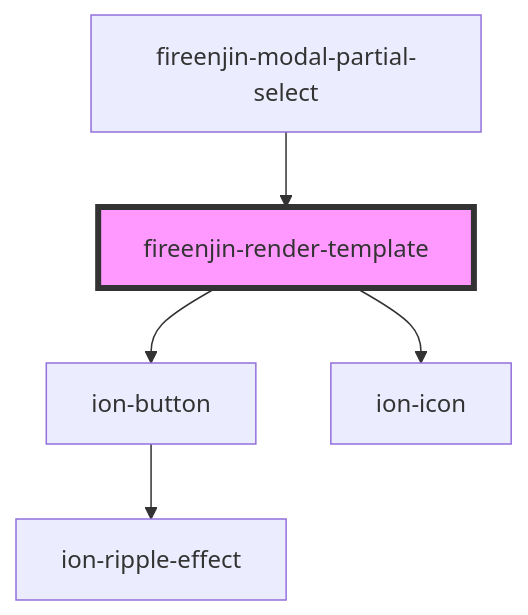
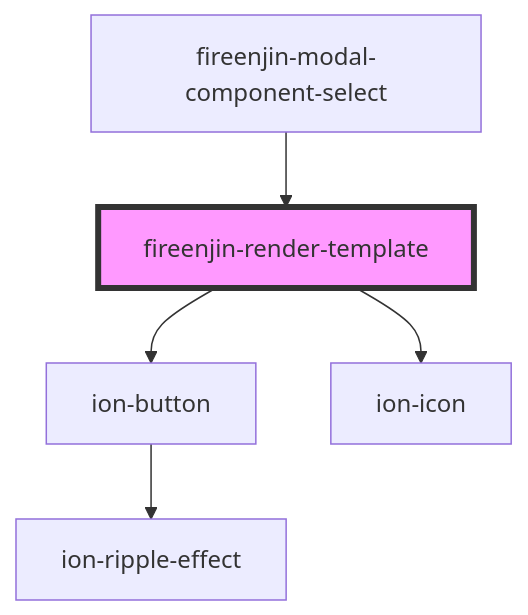
One commit to FireEnjin/Editor changed the diagram in src/components/render-template/readme.md. Above: the diagram before and after it, drawn with Mermaid. The commit also changed other lines of this file and 6 other files, not shown here.

Commit message:
fix(): Covert uses of partial to component

````diff
--- a/src/components/render-template/readme.md
+++ b/src/components/render-template/readme.md
@@ -117,8 +86,8 @@
 ```mermaid
 graph TD;
   fireenjin-render-template --> ion-button
   fireenjin-render-template --> ion-icon
   ion-button --> ion-ripple-effect
-  fireenjin-modal-partial-select --> fireenjin-render-template
+  fireenjin-modal-component-select --> fireenjin-render-template
   style fireenjin-render-template fill:#f9f,stroke:#333,stroke-width:4px
 ```
````
